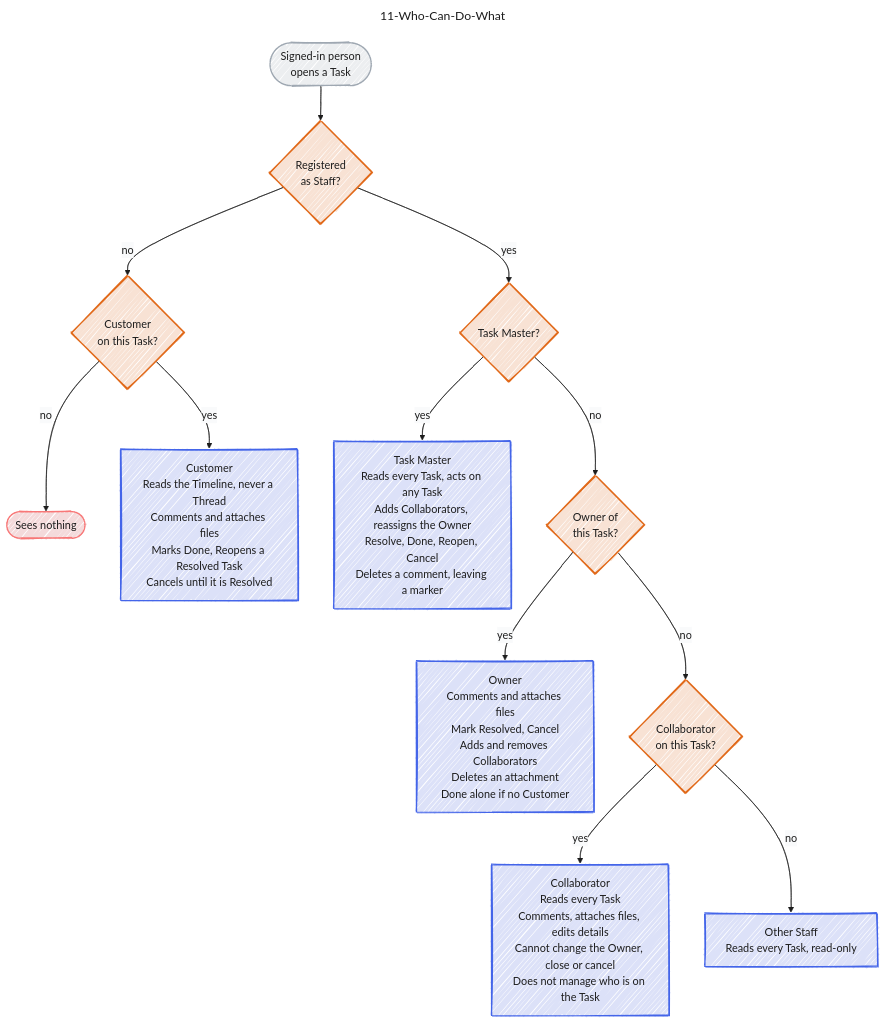
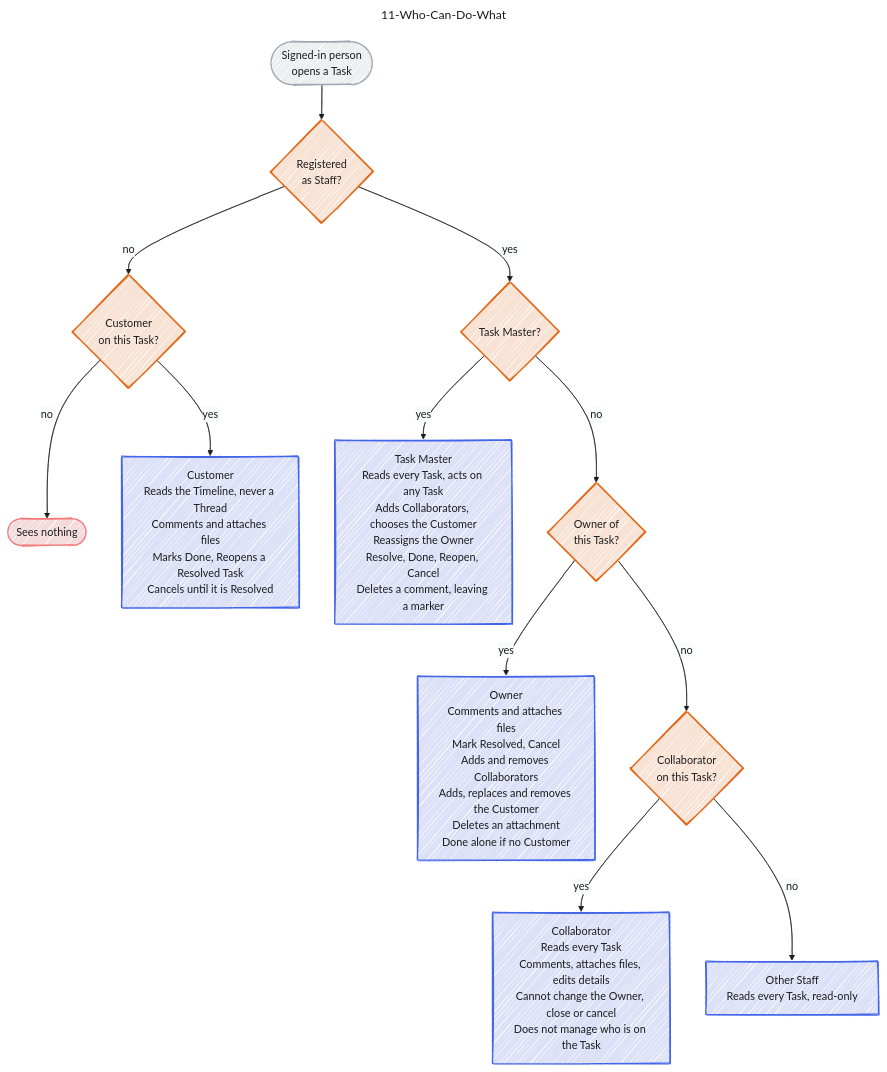
One commit to jedt3d/tasuku changed the diagram in docs/diagram/11-Who-Can-Do-What.md. Above: the diagram before and after it, drawn with Mermaid. The commit also changed other lines of this file and 8 other files, not shown here.

Commit message:
docs: sync the diagrams with Customers and Organizations (#7)

```diff
--- a/docs/diagram/11-Who-Can-Do-What.md
+++ b/docs/diagram/11-Who-Can-Do-What.md
@@ -84,9 +84,9 @@
   isCust -->|"no"| none(["Sees nothing"]):::lred
   isCust -->|"yes"| cust["Customer<br/>Reads the Timeline, never a Thread<br/>Comments and attaches files<br/>Marks Done, Reopens a Resolved Task<br/>Cancels until it is Resolved"]:::blue
   isStaff -->|"yes"| isMaster{"Task Master?"}:::orange
-  isMaster -->|"yes"| master["Task Master<br/>Reads every Task, acts on any Task<br/>Adds Collaborators, reassigns the Owner<br/>Resolve, Done, Reopen, Cancel<br/>Deletes a comment, leaving a marker"]:::blue
+  isMaster -->|"yes"| master["Task Master<br/>Reads every Task, acts on any Task<br/>Adds Collaborators, chooses the Customer<br/>Reassigns the Owner<br/>Resolve, Done, Reopen, Cancel<br/>Deletes a comment, leaving a marker"]:::blue
   isMaster -->|"no"| isOwner{"Owner of<br/>this Task?"}:::orange
-  isOwner -->|"yes"| owner["Owner<br/>Comments and attaches files<br/>Mark Resolved, Cancel<br/>Adds and removes Collaborators<br/>Deletes an attachment<br/>Done alone if no Customer"]:::blue
+  isOwner -->|"yes"| owner["Owner<br/>Comments and attaches files<br/>Mark Resolved, Cancel<br/>Adds and removes Collaborators<br/>Adds, replaces and removes the Customer<br/>Deletes an attachment<br/>Done alone if no Customer"]:::blue
   isOwner -->|"no"| isCollab{"Collaborator<br/>on this Task?"}:::orange
   isCollab -->|"yes"| collab["Collaborator<br/>Reads every Task<br/>Comments, attaches files, edits details<br/>Cannot change the Owner, close or cancel<br/>Does not manage who is on the Task"]:::blue
   isCollab -->|"no"| reader["Other Staff<br/>Reads every Task, read-only"]:::blue
```
